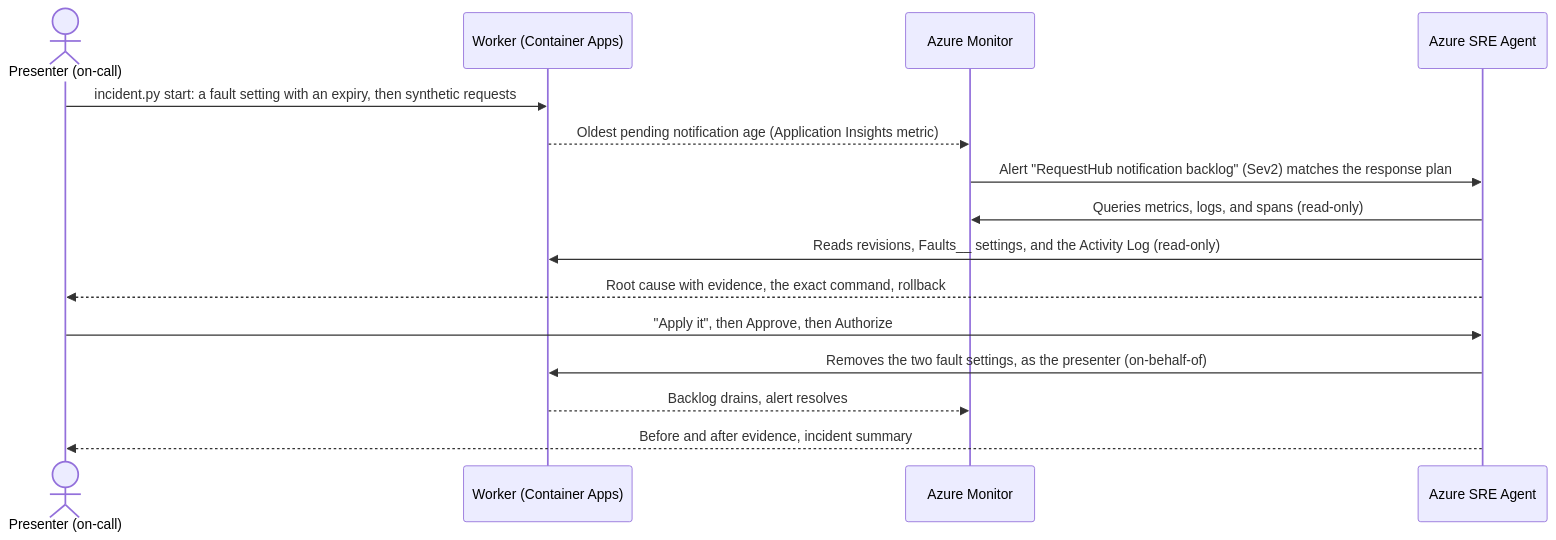
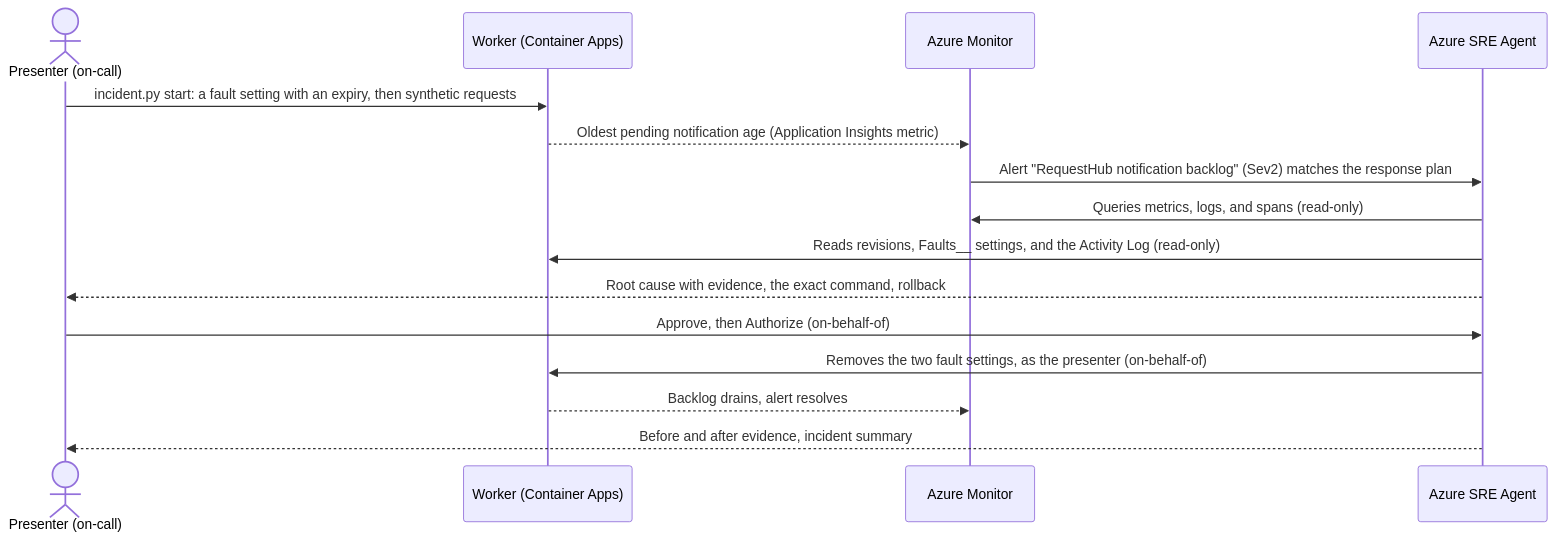
One commit to melabadi/adept-assessment-northstars changed the diagram in solutions/07-operate-microsoft/README.md. Above: the diagram before and after it, drawn with Mermaid. The commit also changed other lines of this file and 2 other files, not shown here.

````diff
--- a/solutions/07-operate-microsoft/README.md
+++ b/solutions/07-operate-microsoft/README.md
@@ -25,17 +25,17 @@
 ```mermaid
 sequenceDiagram
   actor P as Presenter (on-call)
   participant W as Worker (Container Apps)
   participant M as Azure Monitor
   participant S as Azure SRE Agent
   P->>W: incident.py start: a fault setting with an expiry, then synthetic requests
   W-->>M: Oldest pending notification age (Application Insights metric)
   M->>S: Alert "RequestHub notification backlog" (Sev2) matches the response plan
   S->>M: Queries metrics, logs, and spans (read-only)
   S->>W: Reads revisions, Faults__ settings, and the Activity Log (read-only)
   S-->>P: Root cause with evidence, the exact command, rollback
-  P->>S: "Apply it", then Approve, then Authorize
+  P->>S: Approve, then Authorize (on-behalf-of)
   S->>W: Removes the two fault settings, as the presenter (on-behalf-of)
   W-->>M: Backlog drains, alert resolves
   S-->>P: Before and after evidence, incident summary
 ```
````
